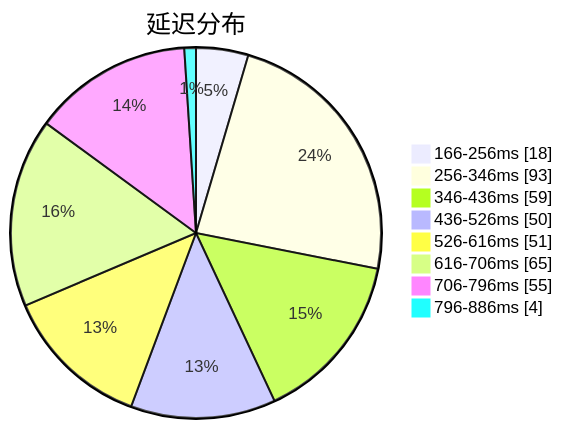
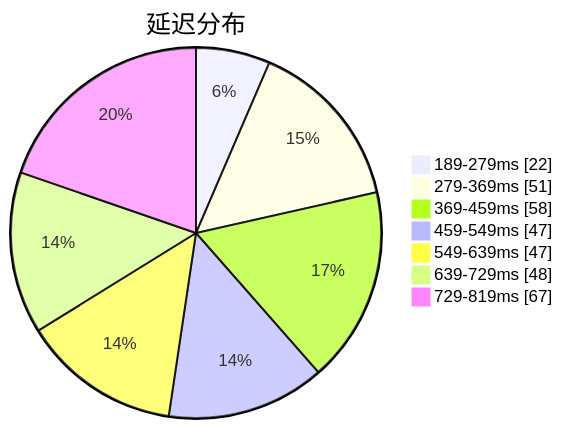
One commit to qjlxg/airport changed the first of 3 diagrams in subs/statistics/tested_within.md. Above: the diagram before and after it, drawn with Mermaid. The commit also changed other lines of this file and 2 other files, not shown here.

Commit message:
Tested by metaST

````diff
--- a/subs/statistics/tested_within.md
+++ b/subs/statistics/tested_within.md
@@ -2,12 +2,11 @@
 ```mermaid
 pie showData
 title 延迟分布
-"166-256ms" : 18
-"256-346ms" : 93
-"346-436ms" : 59
-"436-526ms" : 50
-"526-616ms" : 51
-"616-706ms" : 65
-"706-796ms" : 55
-"796-886ms" : 4
+"189-279ms" : 22
+"279-369ms" : 51
+"369-459ms" : 58
+"459-549ms" : 47
+"549-639ms" : 47
+"639-729ms" : 48
+"729-819ms" : 67
 ```
````
